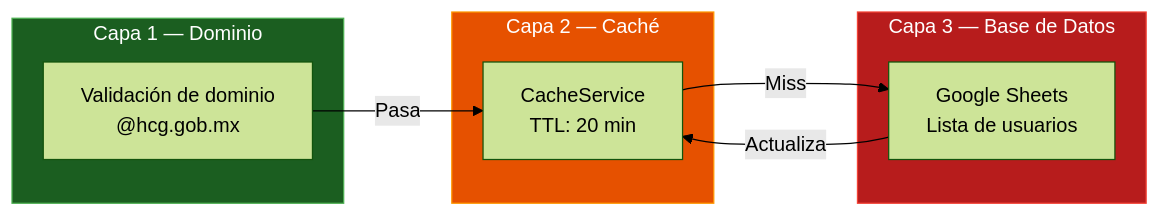
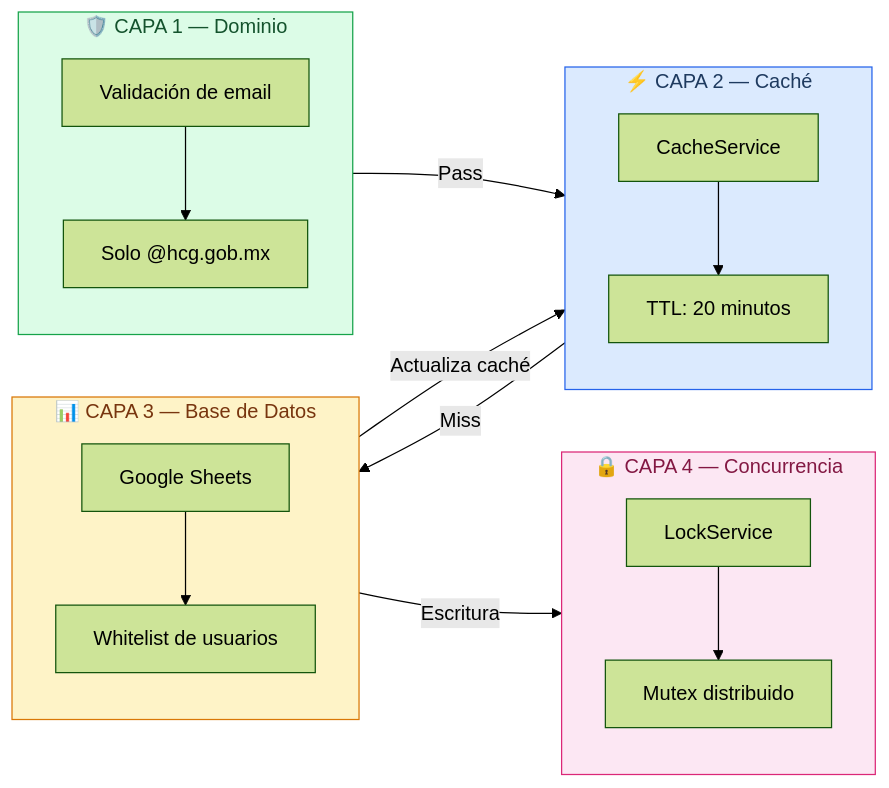
The sixth of 9 diagrams in README.md (jlangarica/almacen-viveres), drawn with Mermaid (forest theme) before and after one commit. The commit also changed other lines of this file and 1 other file, not shown here.

````diff
--- a/README.md
+++ b/README.md
@@ -238,22 +701,36 @@
 ```mermaid
 flowchart LR
-    subgraph L1 ["Capa 1 — Dominio"]
-        A["Validación de dominio<br/>@hcg.gob.mx"]
+    subgraph CAPA1["🛡️ CAPA 1 — Dominio"]
+        A1["Validación de email"]
+        A2["Solo @hcg.gob.mx"]
+        A1 --> A2
     end
 
-    subgraph L2 ["Capa 2 — Caché"]
-        B["CacheService<br/>TTL: 20 min"]
+    subgraph CAPA2["⚡ CAPA 2 — Caché"]
+        B1["CacheService"]
+        B2["TTL: 20 minutos"]
+        B1 --> B2
     end
 
-    subgraph L3 ["Capa 3 — Base de Datos"]
-        C["Google Sheets<br/>Lista de usuarios"]
+    subgraph CAPA3["📊 CAPA 3 — Base de Datos"]
+        C1["Google Sheets"]
+        C2["Whitelist de usuarios"]
+        C1 --> C2
     end
 
-    A -->|"Pasa"| B
-    B -->|"Miss"| C
-    C -->|"Actualiza"| B
+    subgraph CAPA4["🔒 CAPA 4 — Concurrencia"]
+        D1["LockService"]
+        D2["Mutex distribuido"]
+        D1 --> D2
+    end
 
-    style L1 fill:#1b5e20,stroke:#4caf50,color:#fff
-    style L2 fill:#e65100,stroke:#ff9800,color:#fff
-    style L3 fill:#b71c1c,stroke:#f44336,color:#fff
+    CAPA1 -->|"Pass"| CAPA2
+    CAPA2 -->|"Miss"| CAPA3
+    CAPA3 -->|"Actualiza caché"| CAPA2
+    CAPA3 -->|"Escritura"| CAPA4
+
+    style CAPA1 fill:#dcfce7,stroke:#16a34a,color:#14532d
+    style CAPA2 fill:#dbeafe,stroke:#2563eb,color:#1e3a5f
+    style CAPA3 fill:#fef3c7,stroke:#d97706,color:#78350f
+    style CAPA4 fill:#fce7f3,stroke:#db2777,color:#831843
 ```
````
